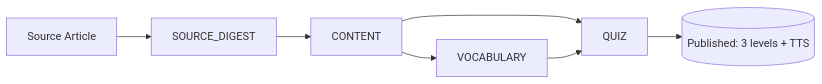
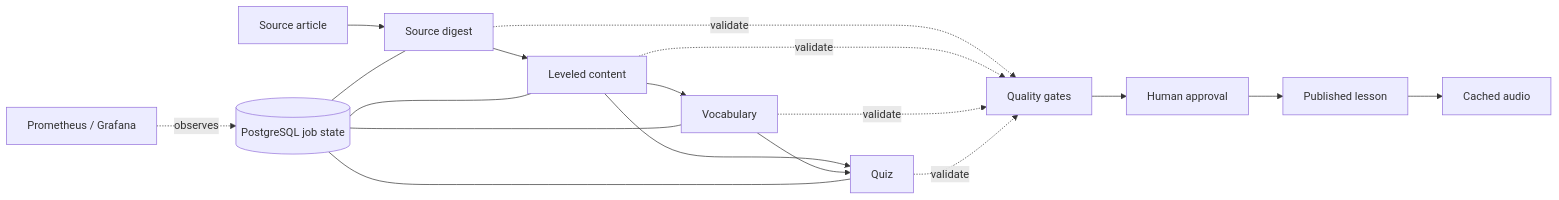
One commit to Lily-Eunah/curio-feed changed the diagram in README.md. Above: the diagram before and after it, drawn with Mermaid. The commit also changed other lines of this file, not shown here.

````diff
--- a/README.md
+++ b/README.md
@@ -38,9 +38,23 @@
 ```mermaid
 flowchart LR
-    SRC[Source Article] --> SD[SOURCE_DIGEST]
-    SD --> C[CONTENT]
-    C --> V[VOCABULARY]
-    C --> Q[QUIZ]
+    A[Source article] --> D[Source digest]
+    D --> C[Leveled content]
+    C --> V[Vocabulary]
+    C --> Q[Quiz]
     V --> Q
-    Q --> PUB[(Published: 3 levels + TTS)]
+
+    D -. validate .-> G[Quality gates]
+    C -. validate .-> G
+    V -. validate .-> G
+    Q -. validate .-> G
+
+    G --> H[Human approval]
+    H --> P[Published lesson]
+    P --> T[Cached audio]
+
+    J[(PostgreSQL job state)] --- D
+    J --- C
+    J --- V
+    J --- Q
+    O[Prometheus / Grafana] -. observes .-> J
 ```
````
